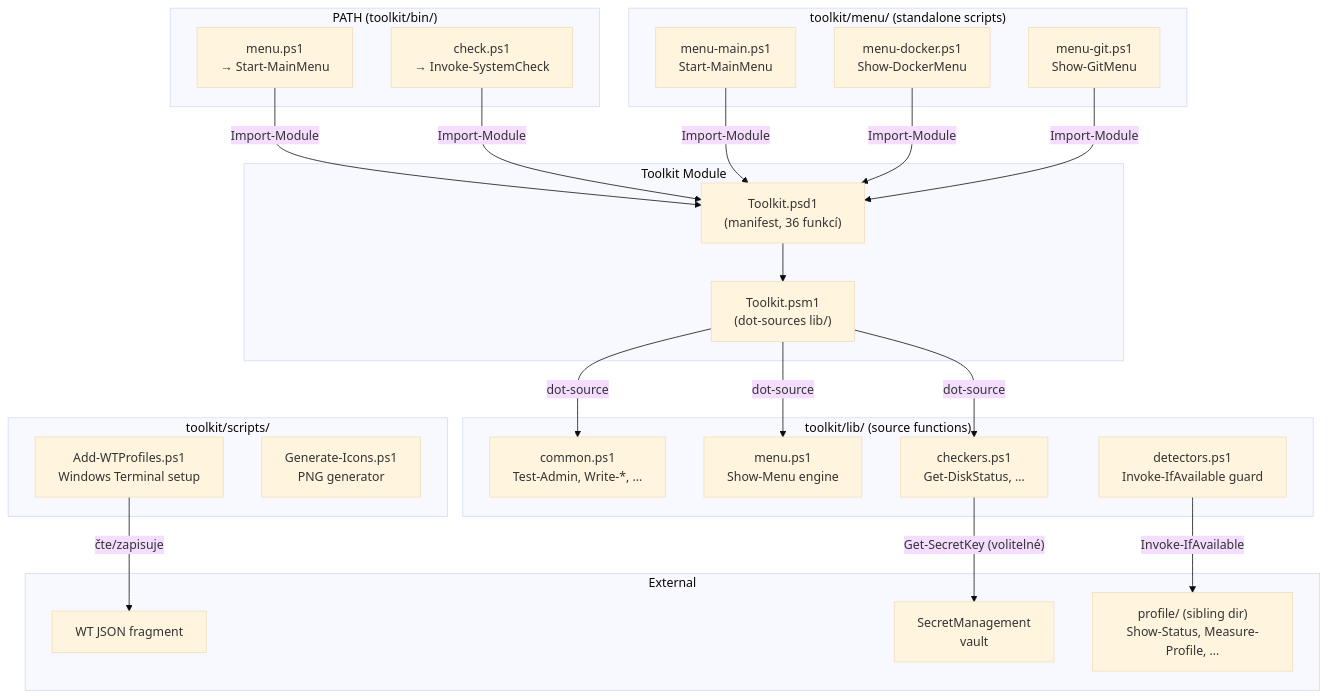
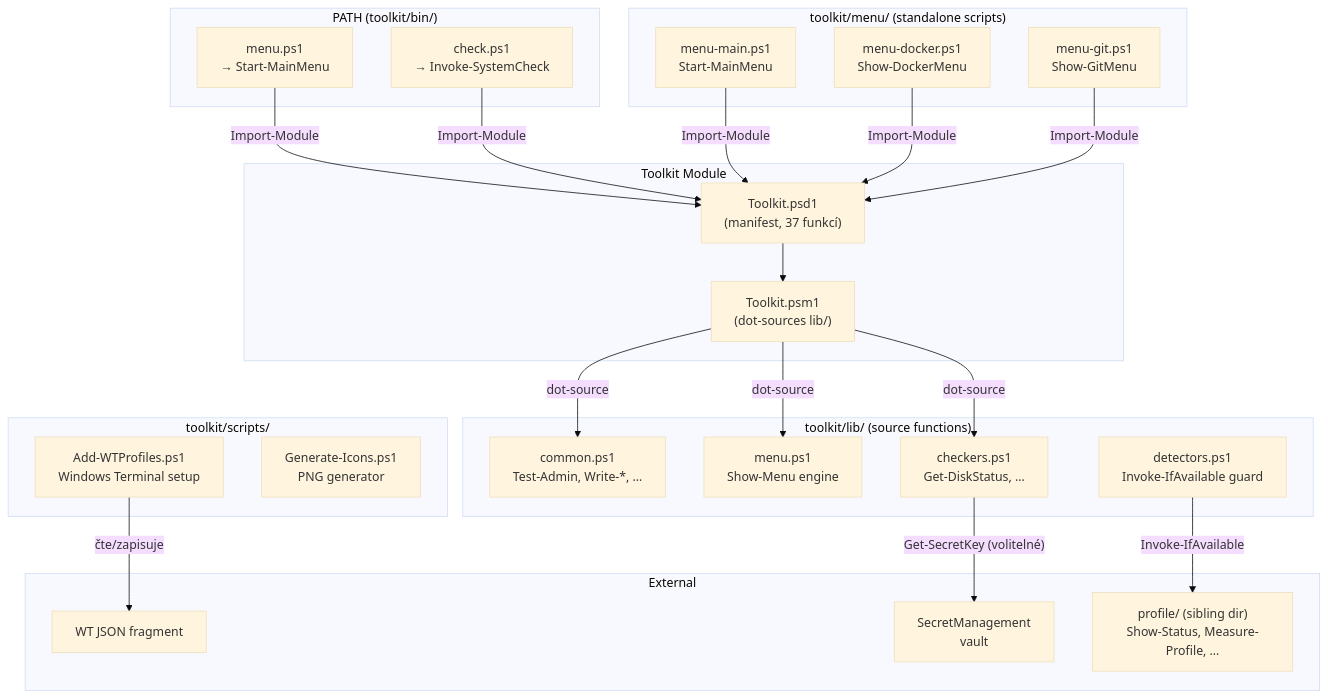
One commit to martinpaprcka77/martinpaprcka77.github.io changed the fourth of 7 diagrams in docs/ARCHITECTURE.md. Above: the diagram before and after it, drawn with Mermaid (base theme). The commit also changed other lines of this file and 5 other files, not shown here.

````diff
--- a/docs/ARCHITECTURE.md
+++ b/docs/ARCHITECTURE.md
@@ -128,49 +128,49 @@
 ```mermaid
 graph TB
     subgraph "PATH (toolkit/bin/)"
         MM["menu.ps1<br/>→ Start-MainMenu"]
         CHKD["check.ps1<br/>→ Invoke-SystemCheck"]
     end
 
     subgraph "Toolkit Module"
         PSM1["Toolkit.psm1<br/>(dot-sources lib/)"]
-        PSD1["Toolkit.psd1<br/>(manifest, 36 funkcí)"]
+        PSD1["Toolkit.psd1<br/>(manifest, 37 funkcí)"]
     end
 
     subgraph "toolkit/lib/ (source functions)"
         COMMON["common.ps1<br/>Test-Admin, Write-*, …"]
         MENU["menu.ps1<br/>Show-Menu engine"]
         CHECKERS["checkers.ps1<br/>Get-DiskStatus, …"]
         DETECT["detectors.ps1<br/>Invoke-IfAvailable guard"]
     end
 
     subgraph "toolkit/menu/ (standalone scripts)"
         MAIN["menu-main.ps1<br/>Start-MainMenu"]
         DOCKER["menu-docker.ps1<br/>Show-DockerMenu"]
         GIT_M["menu-git.ps1<br/>Show-GitMenu"]
     end
 
     subgraph "toolkit/scripts/"
         WT["Add-WTProfiles.ps1<br/>Windows Terminal setup"]
         ICONS["Generate-Icons.ps1<br/>PNG generator"]
     end
 
     subgraph "External"
         WT_JSON["WT JSON fragment"]
         SECRETS["SecretManagement<br/>vault"]
         PROFILE_HALF["profile/ (sibling dir)<br/>Show-Status, Measure-Profile, …"]
     end
 
     MM -->|"Import-Module"| PSD1
     CHKD -->|"Import-Module"| PSD1
     PSD1 --> PSM1
     PSM1 -->|"dot-source"| COMMON
     PSM1 -->|"dot-source"| MENU
     PSM1 -->|"dot-source"| CHECKERS
     MAIN -->|"Import-Module"| PSD1
     DOCKER -->|"Import-Module"| PSD1
     GIT_M -->|"Import-Module"| PSD1
     WT -->|"čte/zapisuje"| WT_JSON
     CHECKERS -->|"Get-SecretKey (volitelné)"| SECRETS
     DETECT -->|"Invoke-IfAvailable"| PROFILE_HALF
 ```
````
